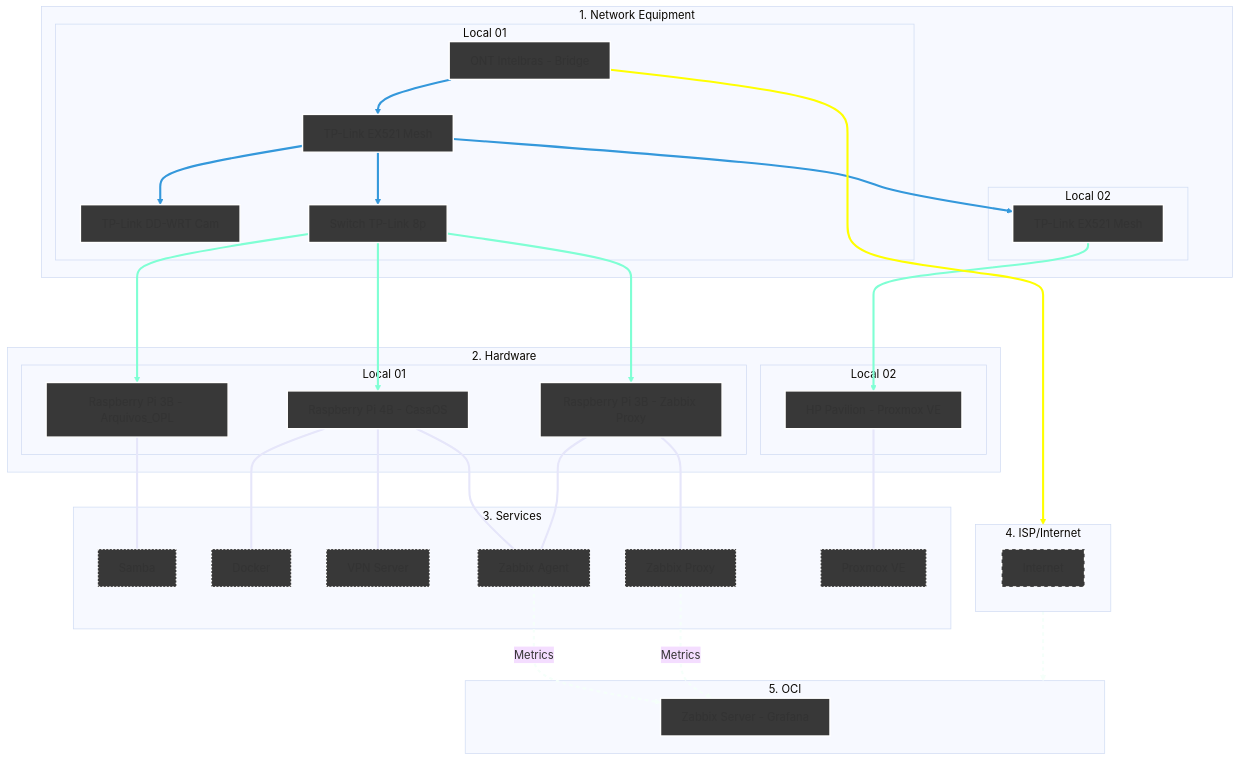
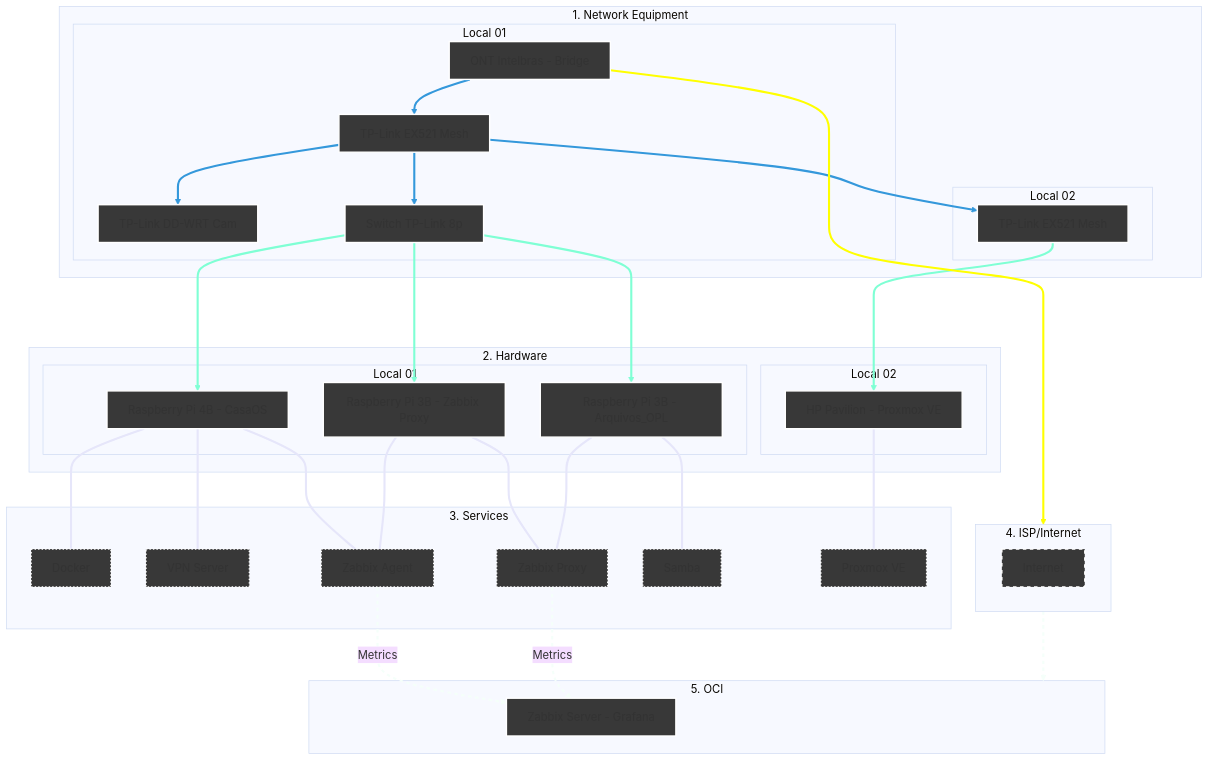
The diagram in Infrastructure/README.md (kevindexter22/Dr-Hardware-Autonet), drawn with Mermaid (base theme) before and after one commit.

Commit message:
Add RPi3B_1 connections to Samba and Zabbix Proxy

````diff
--- a/Infrastructure/README.md
+++ b/Infrastructure/README.md
@@ -13,71 +13,72 @@
 ```mermaid
 graph TD
     %% Styles
     classDef network fill:#383838,stroke:#FFFFFF,stroke-width:2px;
     classDef hardware fill:#383838,stroke:#FFFFFF,stroke-width:2px;
     classDef internet fill:#383838,stroke:#FFFFFF,stroke-width:2px,stroke-dasharray: 5 5;
     classDef services fill:#383838,stroke:#FFFFFF,stroke-width:2px, stroke-dasharray: 2 3;
     classDef oci fill:#383838,stroke:#FFFFFF,stroke-width:2px;
 
     %% 1. NETWORK EQUIPMENT
     subgraph Principal["1. Network Equipment"]
     subgraph S1 [Local 01]
         ONT[ONT Intelbras - Bridge]:::network --> R_Mesh1[TP-Link EX521 Mesh]:::network
         R_Mesh1 --> R_Cams[TP-Link DD-WRT Cam]:::network 
         R_Mesh1 --> SW1[Switch TP-Link 8p]:::network  
     end
     subgraph S2 [Local 02]
         R_Mesh1 --> R_Mesh2[TP-Link EX521 Mesh]:::network
     end
     end
     
     %% 2. HARDWARE
     subgraph Principal02["2. Hardware"]
     subgraph S3 [Local 01]
         SW1 ---> RPi3B_1[Raspberry Pi 3B - Arquivos_OPL]:::hardware
         SW1 ---> RPi4B[Raspberry Pi 4B - CasaOS]:::hardware
         SW1 ---> RPi3B_2[Raspberry Pi 3B - Zabbix Proxy]:::hardware
     end
     subgraph S4 [Local 02]
         R_Mesh2 ---> HP[HP Pavilion - Proxmox VE]:::hardware
     end
     end
 
     %% 3. SERVICES     
     subgraph S5 [3. Services];
-        RPi3B_1 --- SMB1[Samba]:::services
         RPi4B --- Docker[Docker]:::services
         RPi4B --- VPN[VPN Server]:::services
         RPi4B --- ZA[Zabbix Agent]:::services
         RPi3B_2 --- ZA[Zabbix Agent]:::services
         RPi3B_2 --- ZP[Zabbix Proxy]:::services
+        RPi3B_1 --- ZP[Zabbix Proxy]:::services
+        RPi3B_1 --- SMB1[Samba]:::services
         HP --- PVE[Proxmox VE]:::services        
     end
 
     %% 4. Internet (The Bridge)
     subgraph S6 [4. ISP/Internet]
            internet[Internet]:::internet
     end
 
     %% 5. Oracle Cloud Infrastructure
     subgraph S7 [5. OCI]
         ZS[Zabbix Server - Grafana]:::oci
     end
 
     %% Conections of data flow
     ONT --> S6
     S6 --> S7
     
     %% Logical conections
     ZA -.-> |Metrics| ZS
     ZP -.-> |Metrics| ZS 
 
     %% --- Set collor on conections ---
     
     linkStyle 0,1,2,3 stroke:#3498db,stroke-width:3px;
     linkStyle 4,5,6,7 stroke:#7FFFD4,stroke-width:3px;
-    linkStyle 8,9,10,11,12,13,14 stroke:#E6E6FA,stroke-width:3px;
-    linkStyle 15 stroke:#FFFF00,stroke-width:3px;
-    linkStyle 16,17,18 stroke:#F5FFFA,stroke-width:3px,stroke-dasharray: 5 5;
+    linkStyle 8,9,10,11,12,13,14,15 stroke:#E6E6FA,stroke-width:3px;
+    linkStyle 16 stroke:#FFFF00,stroke-width:3px;
+    linkStyle 17,18,19 stroke:#F5FFFA,stroke-width:3px,stroke-dasharray: 5 5;
 
 ```
````
